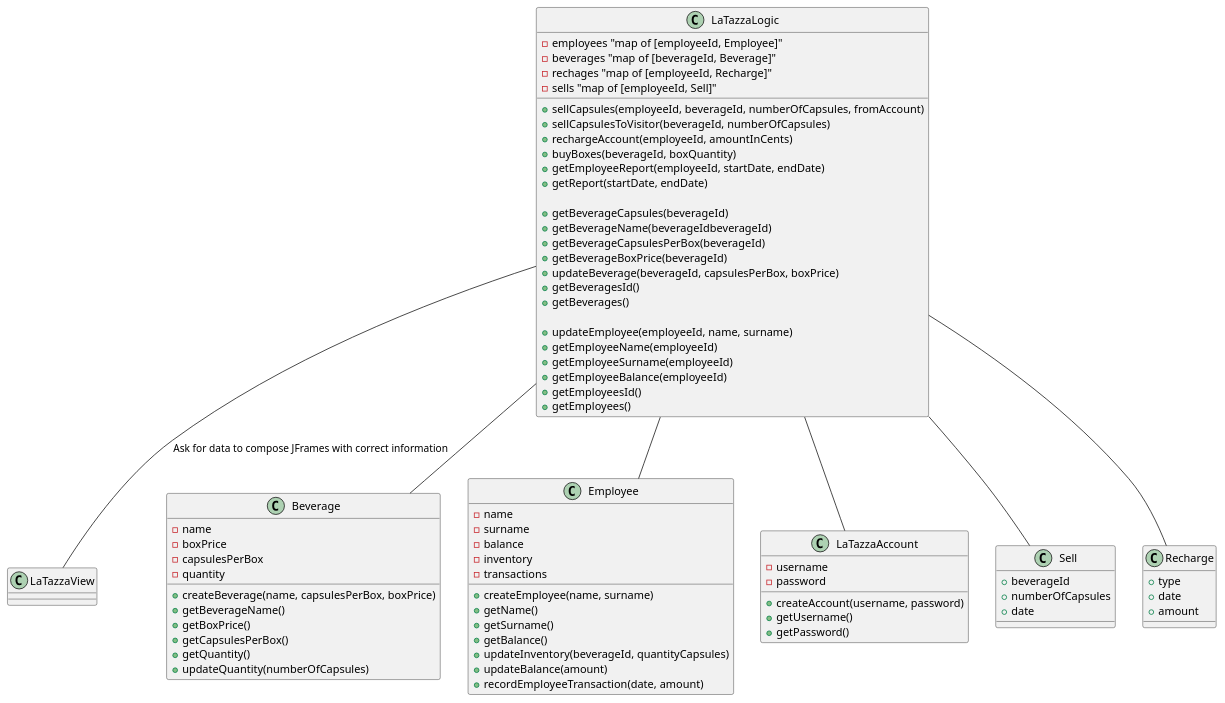
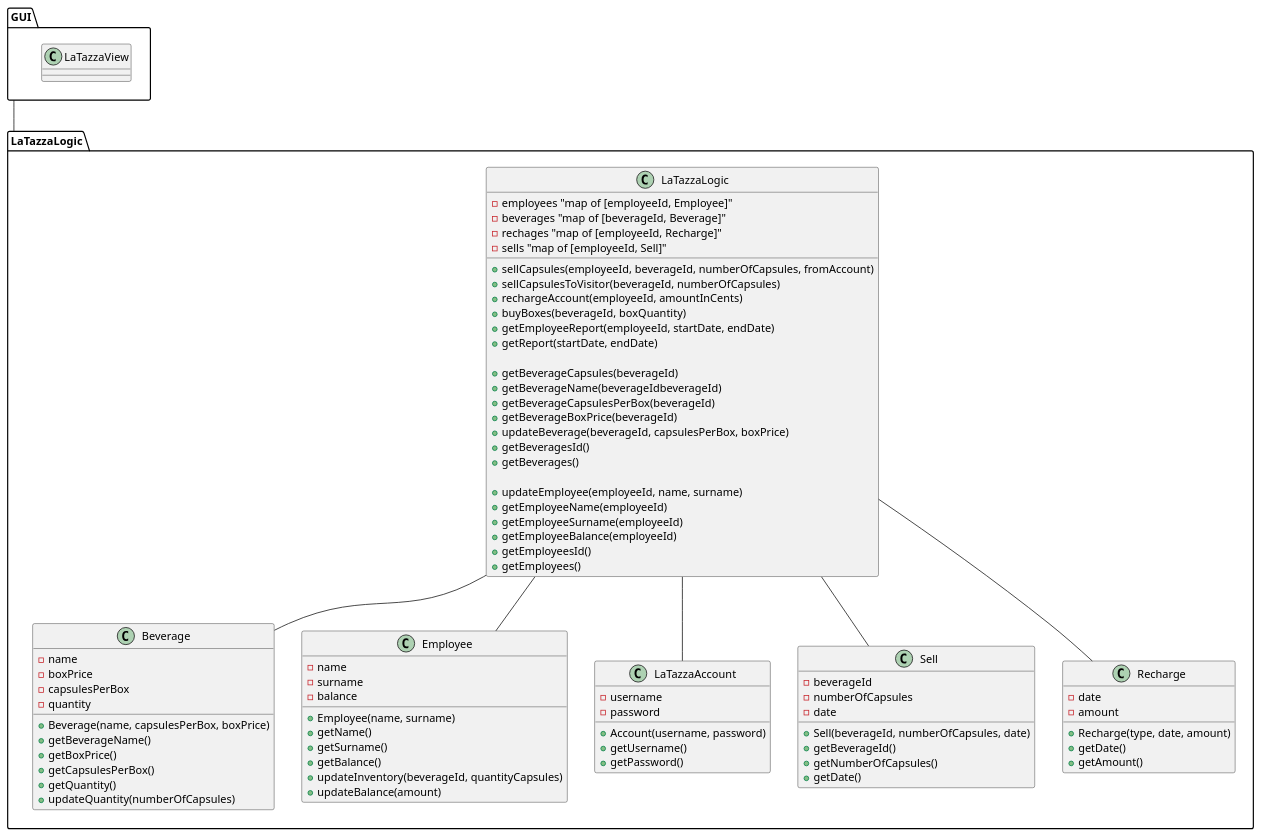
One commit to SimoneDutto/LaTazza changed the second of 3 diagrams in templates/DesignDocumentTemplate.md. Above: the diagram before and after it, drawn with PlantUML. The commit also changed other lines of this file, not shown here.

Commit message:
Update ClasseDiagram

````diff
--- a/templates/DesignDocumentTemplate.md
+++ b/templates/DesignDocumentTemplate.md
@@ -36,10 +37,7 @@
 ```plantuml
-class LaTazzaView{
-    
-} 
 
-
-class LaTazzaLogic{
+package LaTazzaLogic{
+class LaTazzaLogic {
 - employees "map of [employeeId, Employee]"
 - beverages "map of [beverageId, Beverage]"
 - rechages "map of [employeeId, Recharge]"
@@ -74,7 +72,7 @@
 - capsulesPerBox
 - quantity
 
-{method} + createBeverage(name, capsulesPerBox, boxPrice)
+{method} + Beverage(name, capsulesPerBox, boxPrice)
 {method} + getBeverageName()
 {method} + getBoxPrice()
 {method} + getCapsulesPerBox()
@@ -86,47 +84,56 @@
 - name
 - surname
 - balance
-- inventory
-- transactions
 
-{method} + createEmployee(name, surname)
+{method} + Employee(name, surname)
 {method} + getName()
 {method} + getSurname()
 {method} + getBalance()
 {method} + updateInventory(beverageId, quantityCapsules)
 {method} + updateBalance(amount)
-{method} + recordEmployeeTransaction(date, amount)
 }
 
 class LaTazzaAccount {
 - username
 - password
 
-{method} + createAccount(username, password)
+{method} + Account(username, password)
 {method} + getUsername()
 {method} + getPassword()
 }
 
 class Sell{
-+ beverageId
-+ numberOfCapsules
-+ date
+- beverageId
+- numberOfCapsules
+- date
+{method} + Sell(beverageId, numberOfCapsules, date)
+{method} + getBeverageId()
+{method} + getNumberOfCapsules()
+{method} + getDate()
 }
 
 class Recharge {
-+ type
-+ date
-+ amount
+- date
+- amount
+{method} + Recharge(type, date, amount)
+{method} + getDate()
+{method} + getAmount()
 }
-
-LaTazzaLogic -- LaTazzaView : "Ask for data to compose JFrames with correct information"
 
 LaTazzaLogic -- LaTazzaAccount
 LaTazzaLogic -- Employee
 LaTazzaLogic -- Recharge
 LaTazzaLogic -- Beverage
 LaTazzaLogic -- Sell
+}
 
+package GUI{
+class LaTazzaView{
+    
+} 
+}
+
+GUI -- LaTazzaLogic
 
 
 
````
